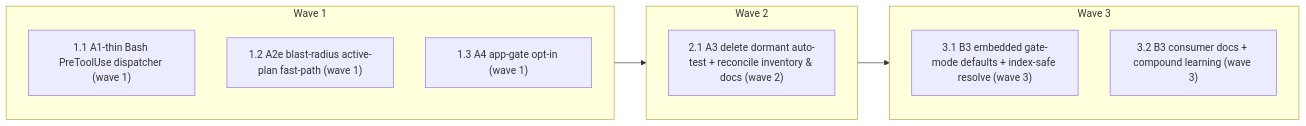
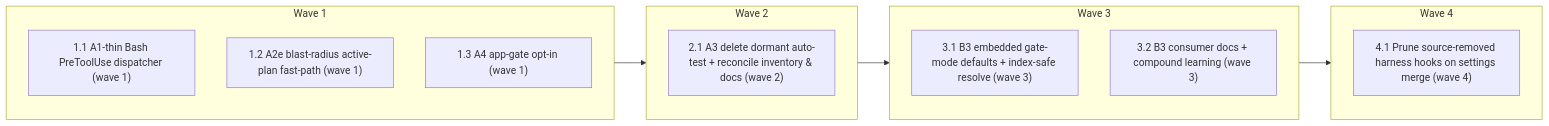
The diagram in specs/hook-surface-slim/PLAN.md (minhtran3124/agent-harness), drawn with Mermaid before and after one commit. The commit also changed other lines of this file, not shown here.

First line of the commit message:
chore(hook-surface-slim): add task 4.1 (deploy prune-on-merge) + SC-11

````diff
--- a/specs/hook-surface-slim/PLAN.md
+++ b/specs/hook-surface-slim/PLAN.md
@@ -24,17 +25,21 @@
 ```mermaid
 flowchart LR
   subgraph W0[Wave 1]
     T1_1["1.1 A1-thin Bash PreToolUse dispatcher (wave 1)"]
     T1_2["1.2 A2e blast-radius active-plan fast-path (wave 1)"]
     T1_3["1.3 A4 app-gate opt-in (wave 1)"]
   end
   subgraph W1[Wave 2]
     T2_1["2.1 A3 delete dormant auto-test + reconcile inventory & docs (wave 2)"]
   end
   subgraph W2[Wave 3]
     T3_1["3.1 B3 embedded gate-mode defaults + index-safe resolve (wave 3)"]
     T3_2["3.2 B3 consumer docs + compound learning (wave 3)"]
   end
+  subgraph W3[Wave 4]
+    T4_1["4.1 Prune source-removed harness hooks on settings merge (wave 4)"]
+  end
   W0 --> W1
   W1 --> W2
+  W2 --> W3
 ```
````
